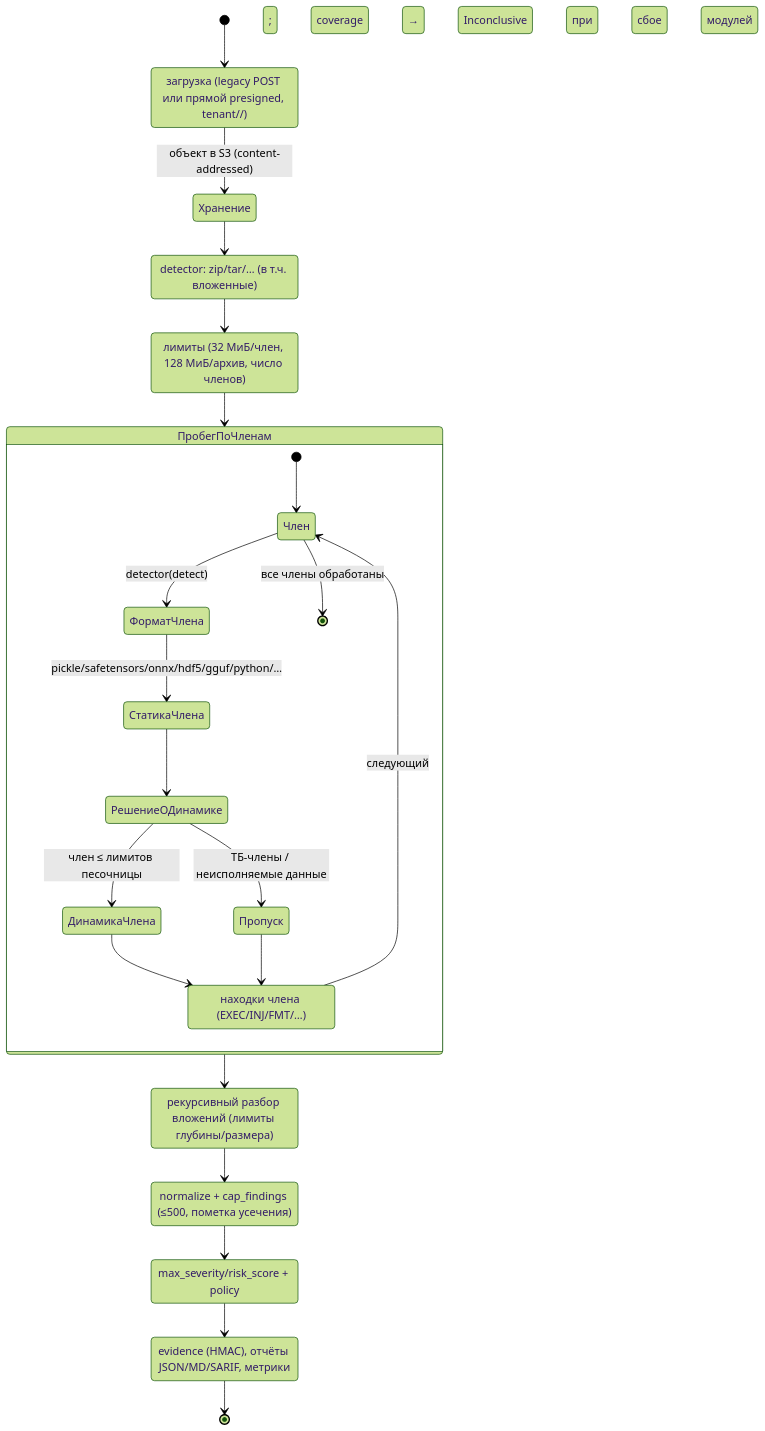
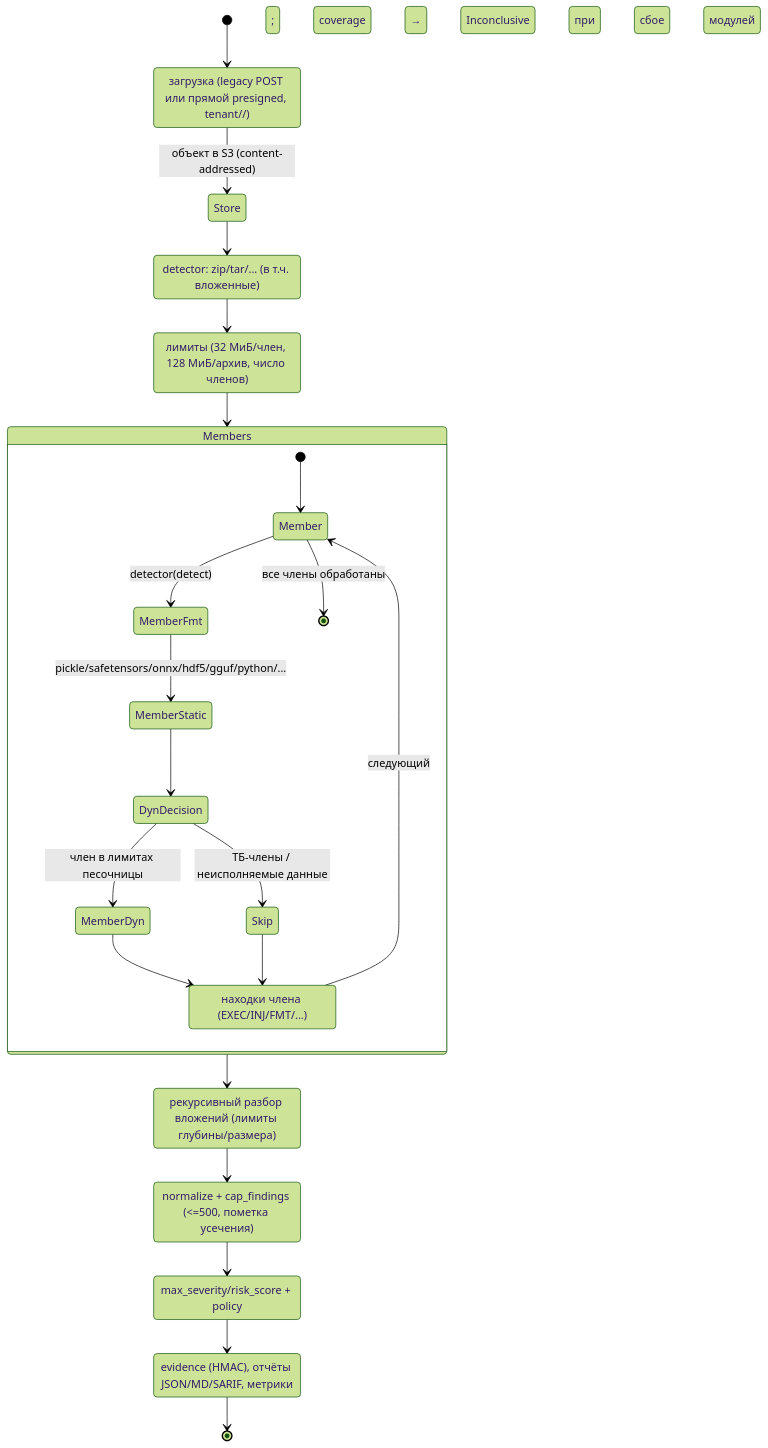
The third of 3 diagrams in docs/15-large-model-analysis.md (pol4/MLScan), drawn with Mermaid (forest theme) before and after one commit. The commit also changed other lines of this file and 1 other file, not shown here.

Commit message:
docs/15: fix state diagrams (ASCII ids, no ASCII arrows in labels that broke mermaid -> detached blocks)

````diff
--- a/docs/15-large-model-analysis.md
+++ b/docs/15-large-model-analysis.md
@@ -620,36 +625,35 @@
 ```mermaid
 stateDiagram-v2
-  [*] --> ПриёмАрхива
-  ПриёмАрхива : загрузка (legacy POST или прямой presigned, tenant/<subject>/)
-  ПриёмАрхива --> Хранение : объект в S3 (content-addressed)
-  Хранение --> ОпределениеФормата
-  ОпределениеФормата : detector: zip/tar/… (в т.ч. вложенные)
+  [*] --> Receive
+  Receive : загрузка (legacy POST или прямой presigned, tenant/<subject>/)
+  Receive --> Store : объект в S3 (content-addressed)
+  Store --> DetectFmt
+  DetectFmt : detector: zip/tar/... (в т.ч. вложенные)
+  DetectFmt --> Enumerate
+  Enumerate : лимиты (32 МиБ/член, 128 МиБ/архив, число членов)
+  Enumerate --> Members
 
-  ОпределениеФормата --> ПеречислениеЧленов
-  ПеречислениеЧленов : лимиты (32 МиБ/член, 128 МиБ/архив, число членов)
-  ПеречислениеЧленов --> ПробегПоЧленам
-
-  state ПробегПоЧленам {
-    [*] --> Член
-    Член --> ФорматЧлена : detector(detect)
-    ФорматЧлена --> СтатикаЧлена : pickle/safetensors/onnx/hdf5/gguf/python/…
-    СтатикаЧлена --> РешениеОДинамике
-    РешениеОДинамике --> ДинамикаЧлена : член ≤ лимитов песочницы
-    РешениеОДинамике --> Пропуск : ТБ-члены / неисполняемые данные
-    ДинамикаЧлена --> АгрегацияЧлена
-    Пропуск --> АгрегацияЧлена
-    АгрегацияЧлена : находки члена (EXEC/INJ/FMT/…)
-    АгрегацияЧлена --> Член : следующий
-    Член --> [*] : все члены обработаны
+  state Members {
+    [*] --> Member
+    Member --> MemberFmt : detector(detect)
+    MemberFmt --> MemberStatic : pickle/safetensors/onnx/hdf5/gguf/python/...
+    MemberStatic --> DynDecision
+    DynDecision --> MemberDyn : член в лимитах песочницы
+    DynDecision --> Skip : ТБ-члены / неисполняемые данные
+    MemberDyn --> MemberAgg
+    Skip --> MemberAgg
+    MemberAgg : находки члена (EXEC/INJ/FMT/...)
+    MemberAgg --> Member : следующий
+    Member --> [*] : все члены обработаны
   }
 
-  ПробегПоЧленам --> ВложенныеАрхивы
-  ВложенныеАрхивы : рекурсивный разбор вложений (лимиты глубины/размера)
-  ВложенныеАрхивы --> АгрегацияАрхива
-  АгрегацияАрхива : normalize + cap_findings (≤500, пометка усечения)
-  АгрегацияАрхива --> ВердиктАрхива
-  ВердиктАрхива : max_severity/risk_score + policy; coverage → Inconclusive при сбое модулей
-  ВердиктАрхива --> Журнал
-  Журнал : evidence (HMAC), отчёты JSON/MD/SARIF, метрики
-  Журнал --> [*]
+  Members --> Nested
+  Nested : рекурсивный разбор вложений (лимиты глубины/размера)
+  Nested --> AggArchive
+  AggArchive : normalize + cap_findings (<=500, пометка усечения)
+  AggArchive --> ArchiveVerdict
+  ArchiveVerdict : max_severity/risk_score + policy; coverage → Inconclusive при сбое модулей
+  ArchiveVerdict --> Journal
+  Journal : evidence (HMAC), отчёты JSON/MD/SARIF, метрики
+  Journal --> [*]
 ```
````
